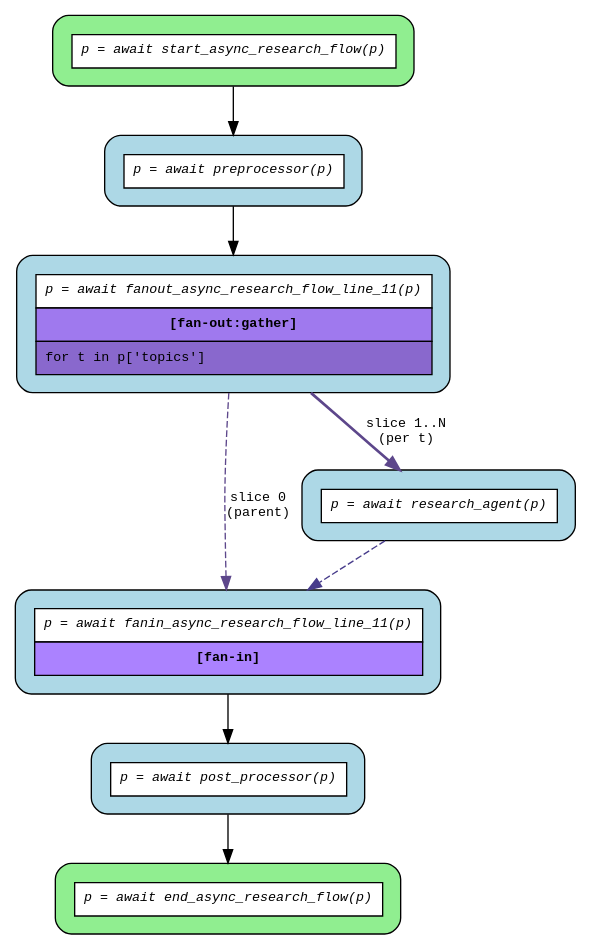
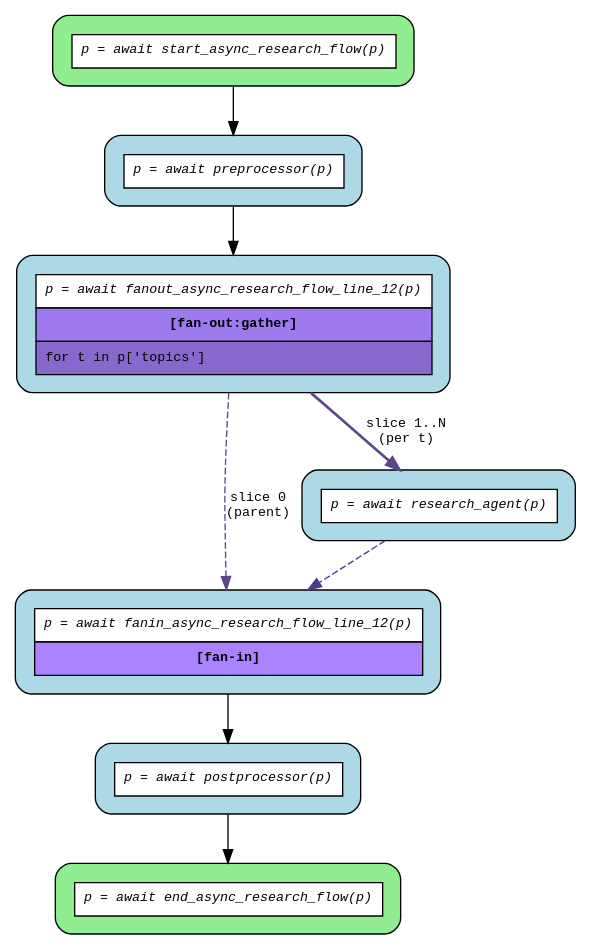
The diagram in examples/flows/compiled/fanout_gather/flow.dot (mrhillsman-enterprise-ai/asya), drawn with Graphviz before and after one commit. The commit also changed 51 other files, not shown here.

```diff
--- a/examples/flows/compiled/fanout_gather/flow.dot
+++ b/examples/flows/compiled/fanout_gather/flow.dot
@@ -1,22 +1,22 @@
 digraph flow {
   rankdir=TB;
   graph [fontname="Courier", fontsize=10];
   node [fontname="Courier", fontsize=10, shape=box, style="filled,rounded", margin="0.2"];
   edge [fontname="Courier", fontsize=10];
 
   start_async_research_flow [fillcolor="lightgreen", group="main", label=<<table border="0" cellspacing="0" cellpadding="6" cellborder="1"><tr><td bgcolor="white" align="center"><i>p = await start_async_research_flow(p)</i></td></tr></table>>];
-  fanout_async_research_flow_line_11 [fillcolor="lightblue", group="main", label=<<table border="0" cellspacing="0" cellpadding="6" cellborder="1"><tr><td bgcolor="white" align="center"><i>p = await fanout_async_research_flow_line_11(p)</i></td></tr><tr><td bgcolor="mediumpurple2" align="center"><b>[fan-out:gather]</b></td></tr><tr><td bgcolor="mediumpurple3" align="left">for t in p['topics']</td></tr></table>>];
+  fanout_async_research_flow_line_12 [fillcolor="lightblue", group="main", label=<<table border="0" cellspacing="0" cellpadding="6" cellborder="1"><tr><td bgcolor="white" align="center"><i>p = await fanout_async_research_flow_line_12(p)</i></td></tr><tr><td bgcolor="mediumpurple2" align="center"><b>[fan-out:gather]</b></td></tr><tr><td bgcolor="mediumpurple3" align="left">for t in p['topics']</td></tr></table>>];
   end_async_research_flow [fillcolor="lightgreen", group="main", label=<<table border="0" cellspacing="0" cellpadding="6" cellborder="1"><tr><td bgcolor="white" align="center"><i>p = await end_async_research_flow(p)</i></td></tr></table>>];
-  fanin_async_research_flow_line_11 [fillcolor="lightblue", label=<<table border="0" cellspacing="0" cellpadding="6" cellborder="1"><tr><td bgcolor="white" align="center"><i>p = await fanin_async_research_flow_line_11(p)</i></td></tr><tr><td bgcolor="mediumpurple1" align="center"><b>[fan-in]</b></td></tr></table>>];
-  post_processor [fillcolor="lightblue", label=<<table border="0" cellspacing="0" cellpadding="6" cellborder="1"><tr><td bgcolor="white" align="center"><i>p = await post_processor(p)</i></td></tr></table>>];
+  fanin_async_research_flow_line_12 [fillcolor="lightblue", label=<<table border="0" cellspacing="0" cellpadding="6" cellborder="1"><tr><td bgcolor="white" align="center"><i>p = await fanin_async_research_flow_line_12(p)</i></td></tr><tr><td bgcolor="mediumpurple1" align="center"><b>[fan-in]</b></td></tr></table>>];
+  postprocessor [fillcolor="lightblue", label=<<table border="0" cellspacing="0" cellpadding="6" cellborder="1"><tr><td bgcolor="white" align="center"><i>p = await postprocessor(p)</i></td></tr></table>>];
   preprocessor [fillcolor="lightblue", label=<<table border="0" cellspacing="0" cellpadding="6" cellborder="1"><tr><td bgcolor="white" align="center"><i>p = await preprocessor(p)</i></td></tr></table>>];
   research_agent [fillcolor="lightblue", label=<<table border="0" cellspacing="0" cellpadding="6" cellborder="1"><tr><td bgcolor="white" align="center"><i>p = await research_agent(p)</i></td></tr></table>>];
 
-  fanin_async_research_flow_line_11 -> post_processor;
-  fanout_async_research_flow_line_11 -> fanin_async_research_flow_line_11 [color=mediumpurple4, label="slice 0\n(parent)", style=dashed];
-  fanout_async_research_flow_line_11 -> research_agent [color=mediumpurple4, label="slice 1..N\n(per t)", style=bold];
-  post_processor -> end_async_research_flow;
-  preprocessor -> fanout_async_research_flow_line_11;
-  research_agent -> fanin_async_research_flow_line_11 [color=slateblue4, style=dashed];
+  fanin_async_research_flow_line_12 -> postprocessor;
+  fanout_async_research_flow_line_12 -> fanin_async_research_flow_line_12 [color=mediumpurple4, label="slice 0\n(parent)", style=dashed];
+  fanout_async_research_flow_line_12 -> research_agent [color=mediumpurple4, label="slice 1..N\n(per t)", style=bold];
+  postprocessor -> end_async_research_flow;
+  preprocessor -> fanout_async_research_flow_line_12;
+  research_agent -> fanin_async_research_flow_line_12 [color=slateblue4, style=dashed];
   start_async_research_flow -> preprocessor;
 }
```
